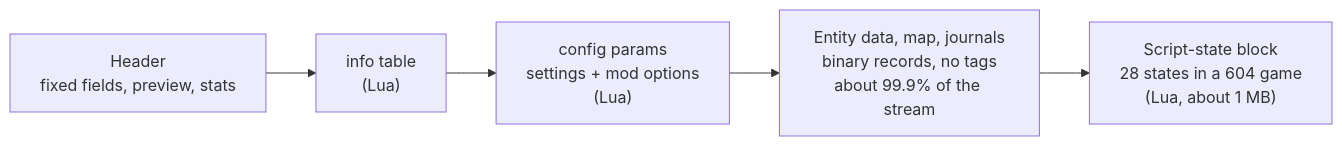
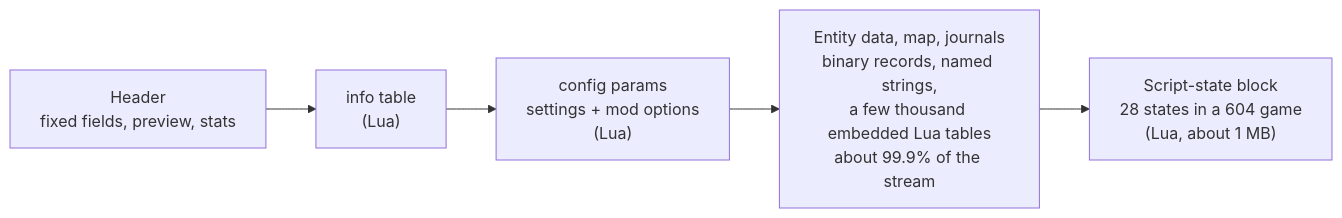
The first of 3 diagrams in docs/lua-overview.md (WuphonsReach/tf3-save-format), drawn with Mermaid before and after one commit. The commit also changed other lines of this file and 1 other file, not shown here.

Commit message:
docs: what marks the binary middle of a save (named strings, counts, embedded Lua tables) on 568 to 604, with the four-save survey

````diff
--- a/docs/lua-overview.md
+++ b/docs/lua-overview.md
@@ -9,7 +9,7 @@
 ```mermaid
 flowchart LR
     H["Header<br/>fixed fields, preview, stats"] --> I["info table<br/>(Lua)"]
     I --> P["config params<br/>settings + mod options<br/>(Lua)"]
-    P --> E["Entity data, map, journals<br/>binary records, no tags<br/>about 99.9% of the stream"]
+    P --> E["Entity data, map, journals<br/>binary records, named strings,<br/>a few thousand embedded Lua tables<br/>about 99.9% of the stream"]
     E --> S["Script-state block<br/>28 states in a 604 game<br/>(Lua, about 1 MB)"]
 ```
````
